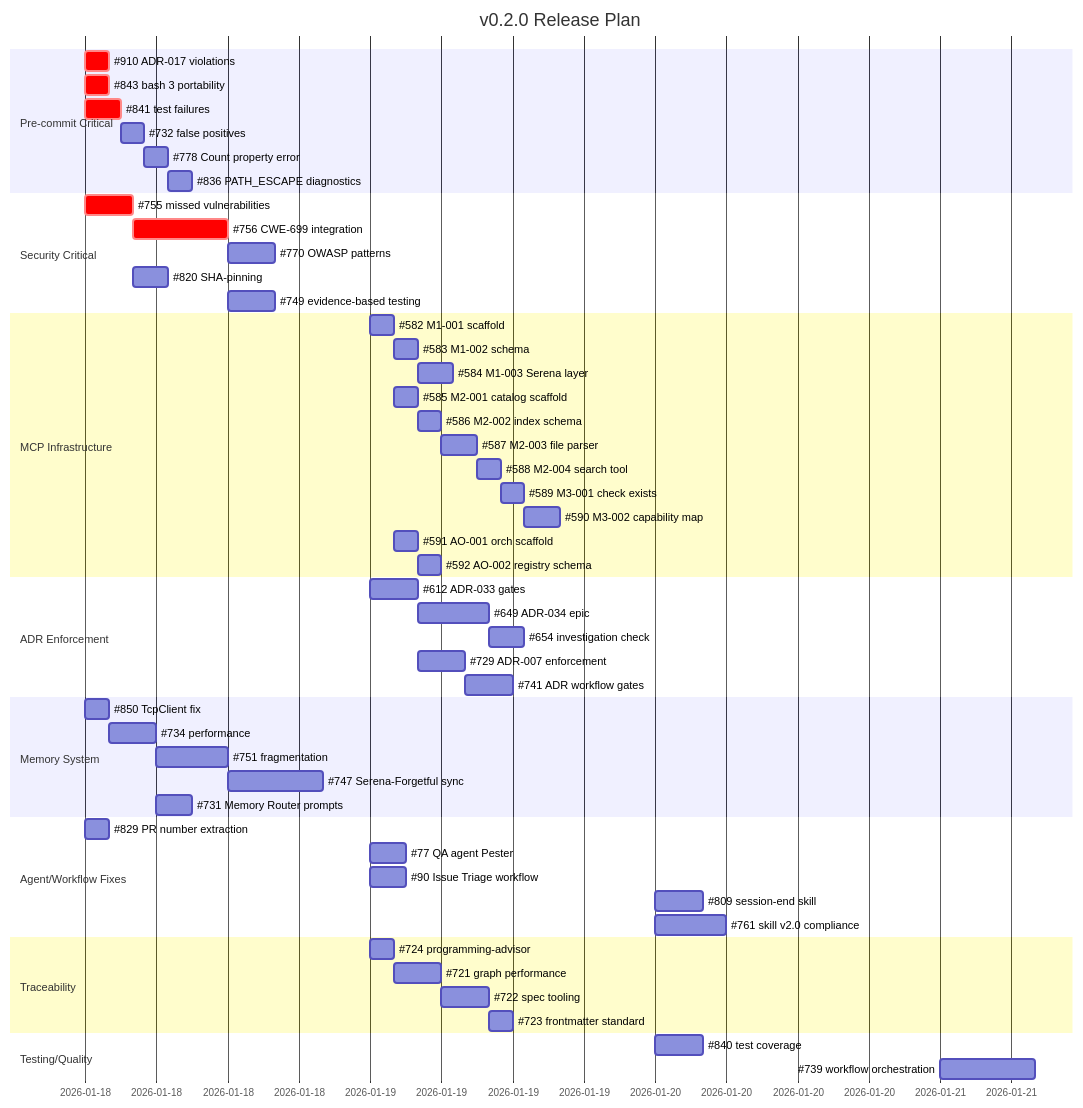
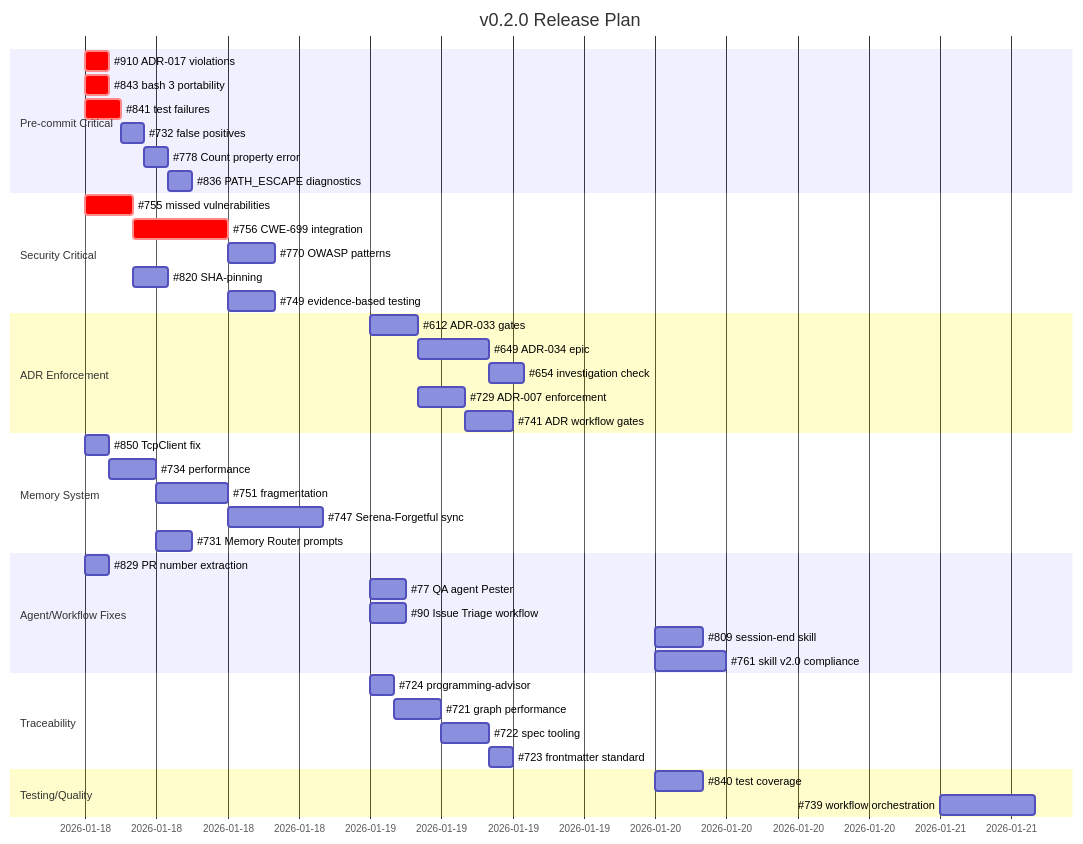
Before and after one commit to rjmurillo/ai-agents: the fifth of 5 diagrams in .agents/planning/v0.2.0/PLAN.md, drawn with Mermaid. The commit also changed other lines of this file and 1 other file, not shown here.

First line of the commit message:
docs(planning): convert all diagrams to mermaid, add session-02 log

````diff
--- a/.agents/planning/v0.2.0/PLAN.md
+++ b/.agents/planning/v0.2.0/PLAN.md
@@ -133,64 +117,51 @@
 ```mermaid
 gantt
     title v0.2.0 Release Plan
     dateFormat  YYYY-MM-DD
 
     section Pre-commit Critical
     #910 ADR-017 violations       :crit, p910, 2026-01-18, 2h
     #843 bash 3 portability       :crit, p843, 2026-01-18, 2h
     #841 test failures            :crit, p841, 2026-01-18, 3h
     #732 false positives          :p732, after p841, 2h
     #778 Count property error     :p778, after p732, 2h
     #836 PATH_ESCAPE diagnostics  :p836, after p778, 2h
 
     section Security Critical
     #755 missed vulnerabilities   :crit, s755, 2026-01-18, 4h
     #756 CWE-699 integration      :crit, s756, after s755, 8h
     #770 OWASP patterns           :s770, after s756, 4h
     #820 SHA-pinning              :s820, after s755, 3h
     #749 evidence-based testing   :s749, after s756, 4h
-
-    section MCP Infrastructure
-    #582 M1-001 scaffold          :m582, 2026-01-19, 2h
-    #583 M1-002 schema            :m583, after m582, 2h
-    #584 M1-003 Serena layer      :m584, after m583, 3h
-    #585 M2-001 catalog scaffold  :m585, after m582, 2h
-    #586 M2-002 index schema      :m586, after m585, 2h
-    #587 M2-003 file parser       :m587, after m586, 3h
-    #588 M2-004 search tool       :m588, after m587, 2h
-    #589 M3-001 check exists      :m589, after m588, 2h
-    #590 M3-002 capability map    :m590, after m589, 3h
-    #591 AO-001 orch scaffold     :m591, after m582, 2h
-    #592 AO-002 registry schema   :m592, after m591, 2h
 
     section ADR Enforcement
     #612 ADR-033 gates            :a612, 2026-01-19, 4h
     #649 ADR-034 epic             :a649, after a612, 6h
     #654 investigation check      :a654, after a649, 3h
     #729 ADR-007 enforcement      :a729, after a612, 4h
     #741 ADR workflow gates       :a741, after a729, 4h
 
     section Memory System
     #850 TcpClient fix            :mem850, 2026-01-18, 2h
     #734 performance              :mem734, after mem850, 4h
     #751 fragmentation            :mem751, after mem734, 6h
     #747 Serena-Forgetful sync    :mem747, after mem751, 8h
     #731 Memory Router prompts    :mem731, after mem734, 3h
 
     section Agent/Workflow Fixes
     #829 PR number extraction     :f829, 2026-01-18, 2h
     #77 QA agent Pester           :f77, 2026-01-19, 3h
     #90 Issue Triage workflow     :f90, 2026-01-19, 3h
     #809 session-end skill        :f809, 2026-01-20, 4h
     #761 skill v2.0 compliance    :f761, 2026-01-20, 6h
 
     section Traceability
     #724 programming-advisor      :t724, 2026-01-19, 2h
     #721 graph performance        :t721, after t724, 4h
     #722 spec tooling             :t722, after t721, 4h
     #723 frontmatter standard     :t723, after t722, 2h
 
     section Testing/Quality
     #840 test coverage            :q840, 2026-01-20, 4h
     #739 workflow orchestration   :q739, 2026-01-21, 8h
 ```
````
